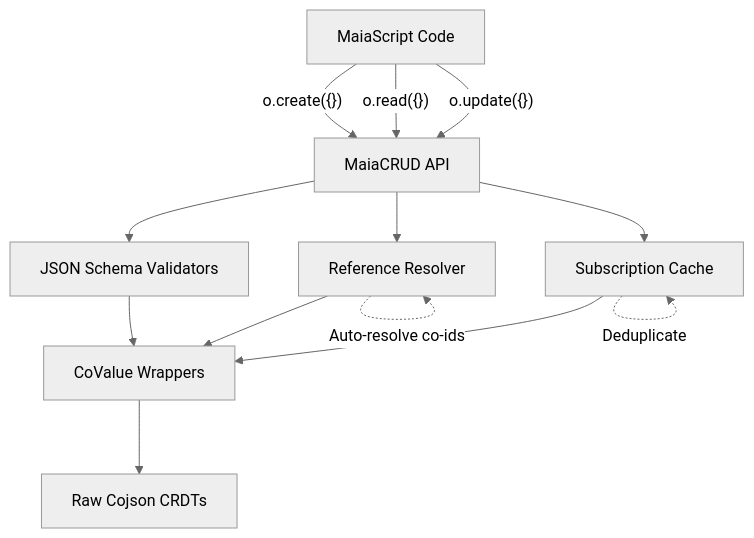
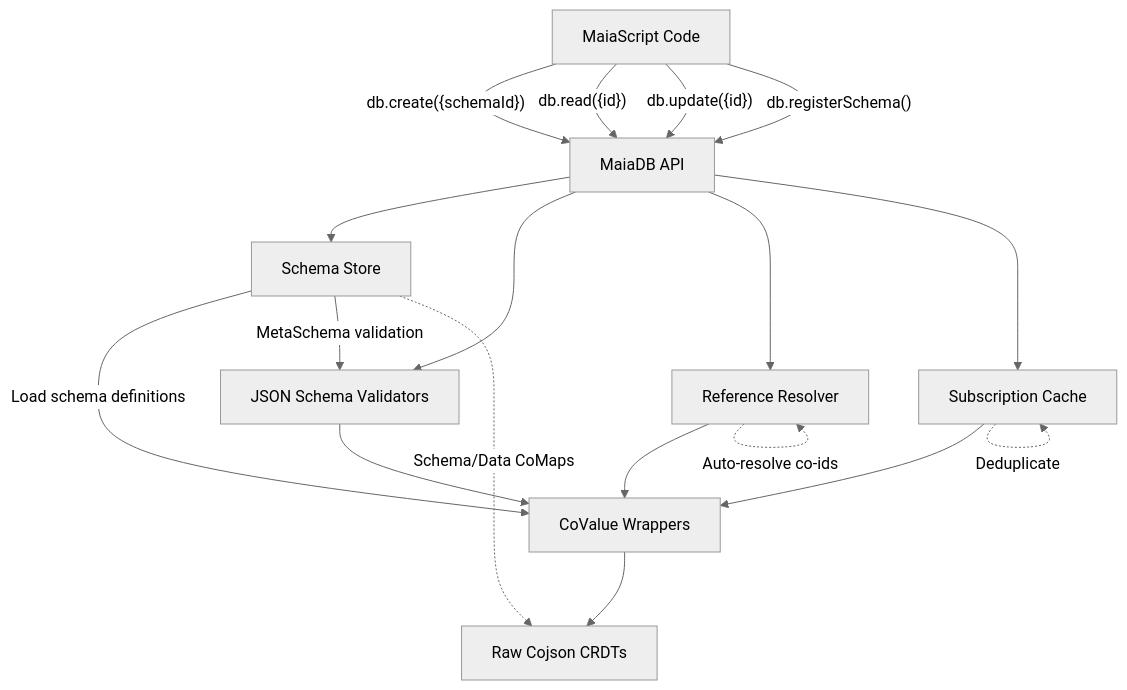
Before and after one commit to oMaiaCity/MaiaOS: the diagram in libs/maia-script/docs/developers/07_cojson.md, drawn with Mermaid (neutral theme). The commit also changed other lines of this file and 53 other files, not shown here.

First line of the commit message:
feat: implement operations-based architecture for MaiaDB

````diff
--- a/libs/maia-script/docs/developers/07_cojson.md
+++ b/libs/maia-script/docs/developers/07_cojson.md
@@ -79,27 +238,33 @@
 ```mermaid
 graph TB
     User[MaiaScript Code]
-    CRUD[MaiaCRUD API]
+    DB[MaiaDB API]
+    SchemaStore[Schema Store]
     RefResolver[Reference Resolver]
     SubCache[Subscription Cache]
     Validators[JSON Schema Validators]
     Wrappers[CoValue Wrappers]
     RawCojson[Raw Cojson CRDTs]
     
-    User -->|"o.create({})"| CRUD
-    User -->|"o.read({})"| CRUD
-    User -->|"o.update({})"| CRUD
+    User -->|"db.create({schemaId})"| DB
+    User -->|"db.read({id})"| DB
+    User -->|"db.update({id})"| DB
+    User -->|"db.registerSchema()"| DB
     
-    CRUD --> Validators
-    CRUD --> RefResolver
-    CRUD --> SubCache
+    DB --> SchemaStore
+    DB --> Validators
+    DB --> RefResolver
+    DB --> SubCache
     
+    SchemaStore -->|Load schema definitions| Wrappers
+    SchemaStore -->|MetaSchema validation| Validators
     RefResolver --> Wrappers
     SubCache --> Wrappers
     Validators --> Wrappers
     
     Wrappers --> RawCojson
     
     RefResolver -.->|Auto-resolve co-ids| RefResolver
     SubCache -.->|Deduplicate| SubCache
+    SchemaStore -.->|Schema/Data CoMaps| RawCojson
 ```
````
